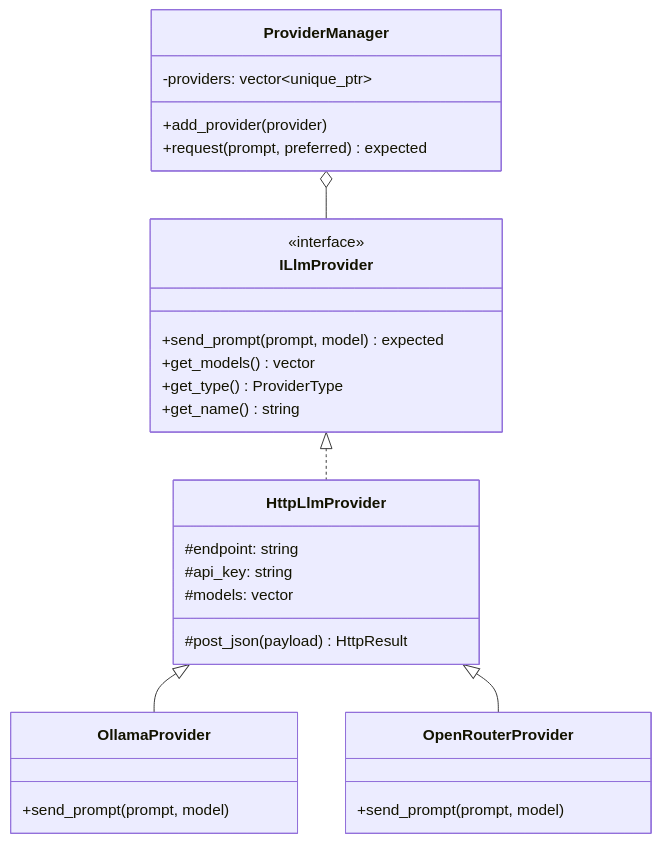
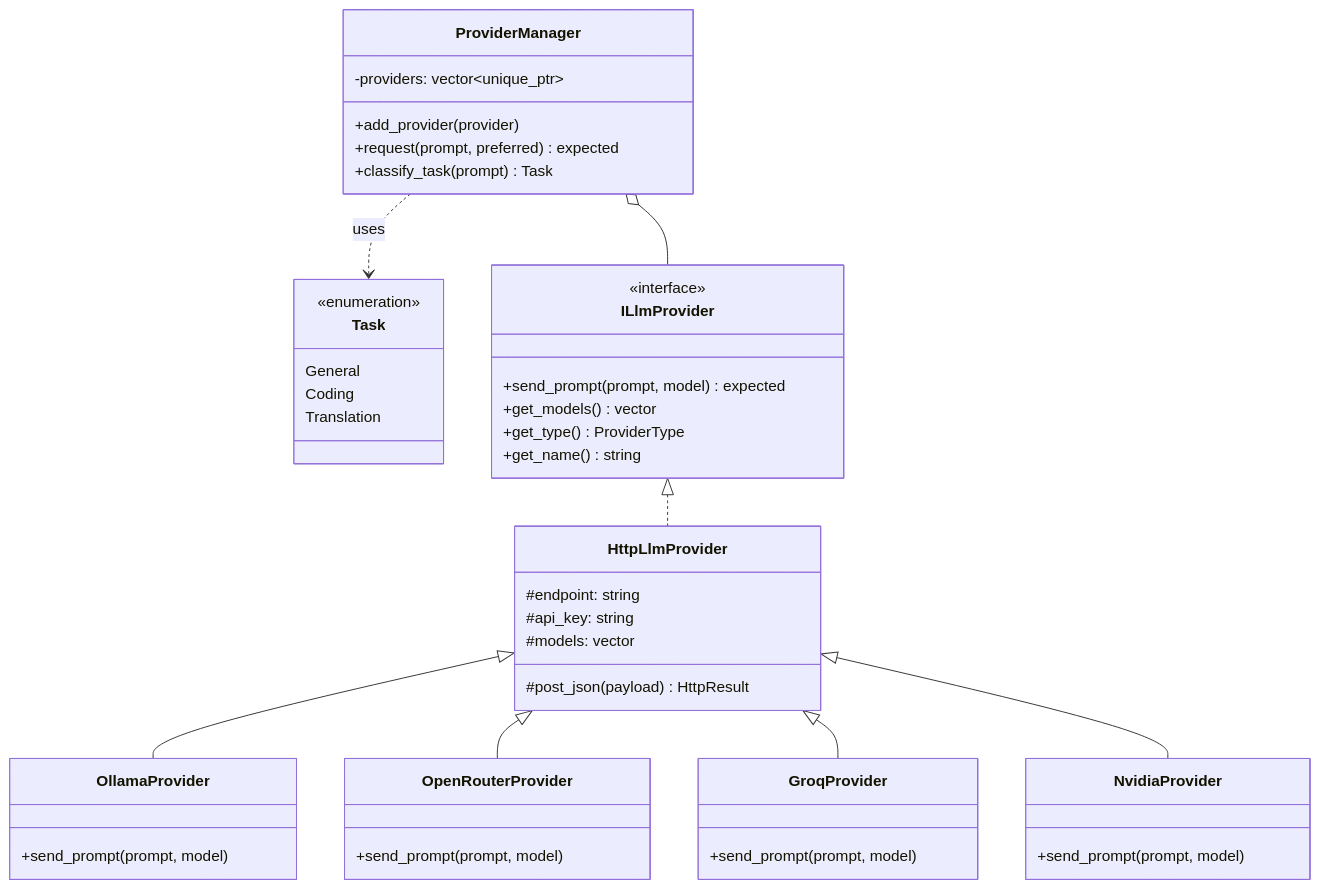
One commit to Zheng-Bote/ai_txt-system changed the second of 3 diagrams in docs/architecture/overview.md. Above: the diagram before and after it, drawn with Mermaid. The commit also changed other lines of this file and 14 other files, not shown here.

````diff
--- a/docs/architecture/overview.md
+++ b/docs/architecture/overview.md
@@ -30,36 +36,55 @@
 ```mermaid
 classDiagram
+    class Task {
+        <<enumeration>>
+        General
+        Coding
+        Translation
+    }
+
     class ILlmProvider {
         <<interface>>
         +send_prompt(prompt, model) expected
         +get_models() vector
         +get_type() ProviderType
         +get_name() string
     }
     
     class HttpLlmProvider {
         #endpoint: string
         #api_key: string
         #models: vector
         #post_json(payload) HttpResult
     }
     
     class OllamaProvider {
         +send_prompt(prompt, model)
     }
     
     class OpenRouterProvider {
         +send_prompt(prompt, model)
     }
+
+    class GroqProvider {
+        +send_prompt(prompt, model)
+    }
+
+    class NvidiaProvider {
+        +send_prompt(prompt, model)
+    }
     
     class ProviderManager {
         -providers: vector~unique_ptr~
         +add_provider(provider)
         +request(prompt, preferred) expected
+        +classify_task(prompt) Task
     }
     
     ILlmProvider <|.. HttpLlmProvider
     HttpLlmProvider <|-- OllamaProvider
     HttpLlmProvider <|-- OpenRouterProvider
+    HttpLlmProvider <|-- GroqProvider
+    HttpLlmProvider <|-- NvidiaProvider
     ProviderManager o-- ILlmProvider
+    ProviderManager ..> Task : uses
 ```
````
